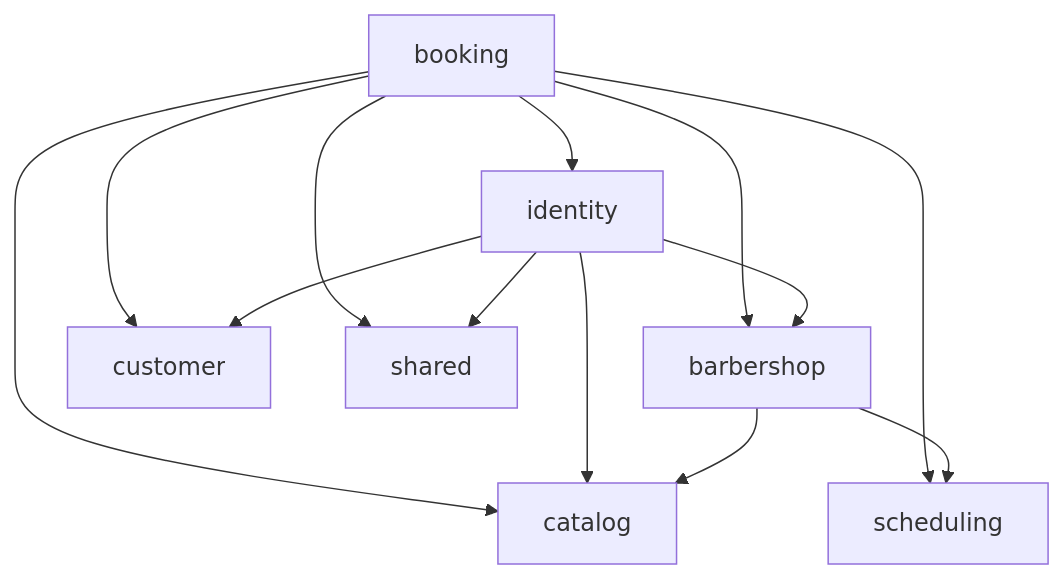
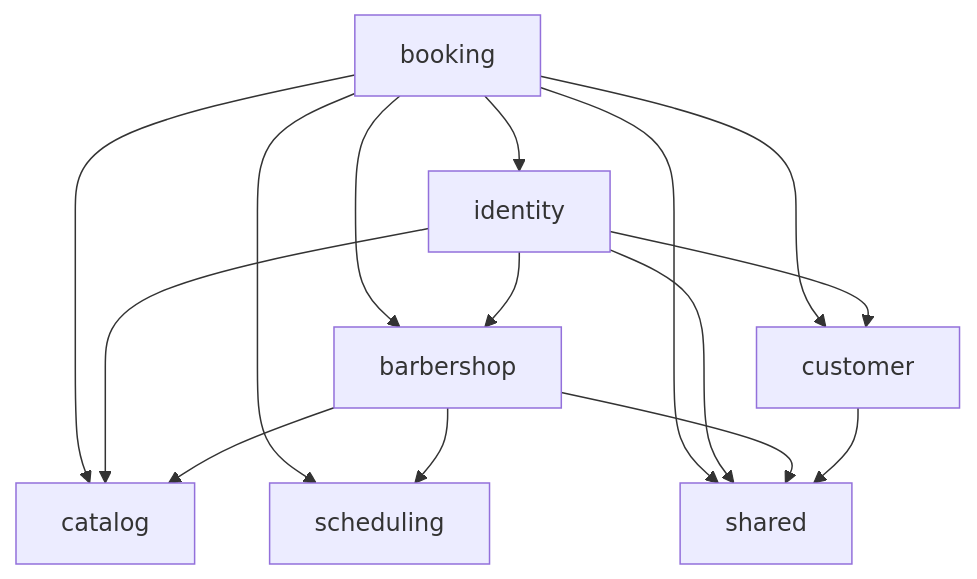
One commit to geovannymcode/corteya-api changed the diagram in README.md. Above: the diagram before and after it, drawn with Mermaid. The commit also changed other lines of this file and 2 other files, not shown here.

````diff
--- a/README.md
+++ b/README.md
@@ -261,15 +329,17 @@
 ```mermaid
 flowchart TB
     booking --> identity
     booking --> barbershop
     booking --> catalog
     booking --> scheduling
     booking --> customer
     booking --> shared
     identity --> barbershop
     identity --> catalog
     identity --> customer
     identity --> shared
     barbershop --> catalog
     barbershop --> scheduling
+    barbershop --> shared
+    customer --> shared
 ```
````
